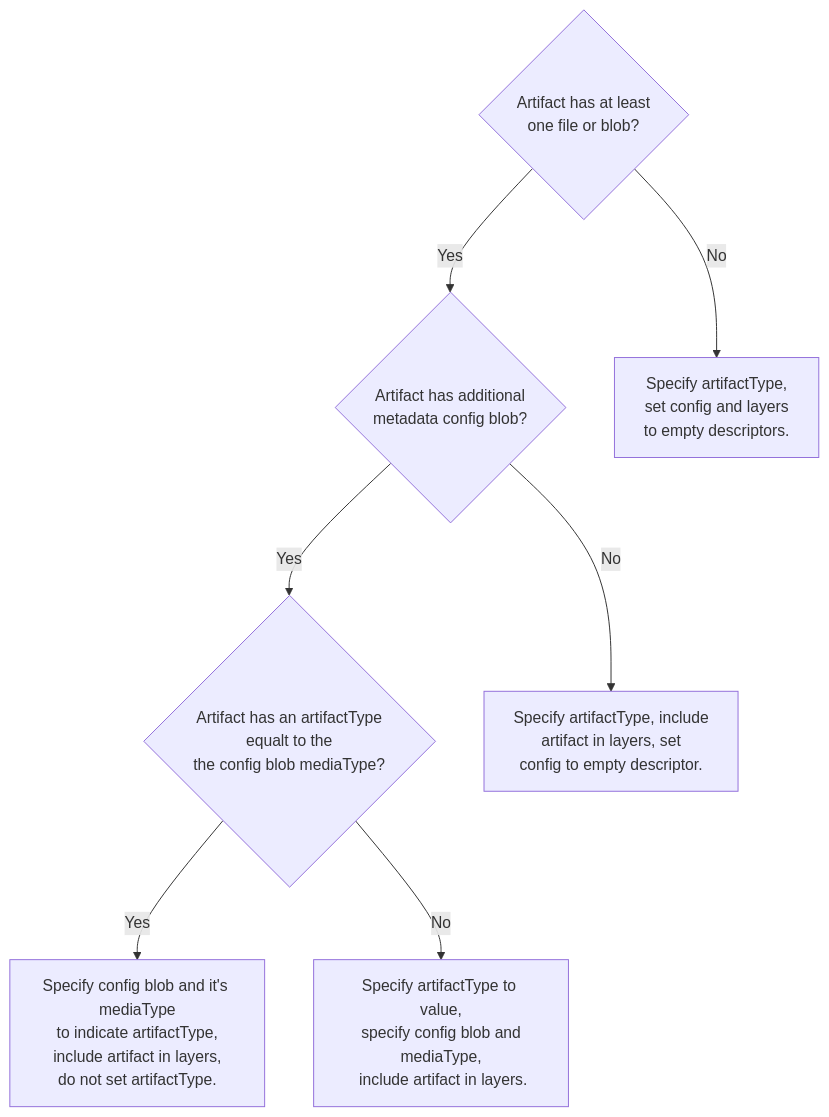
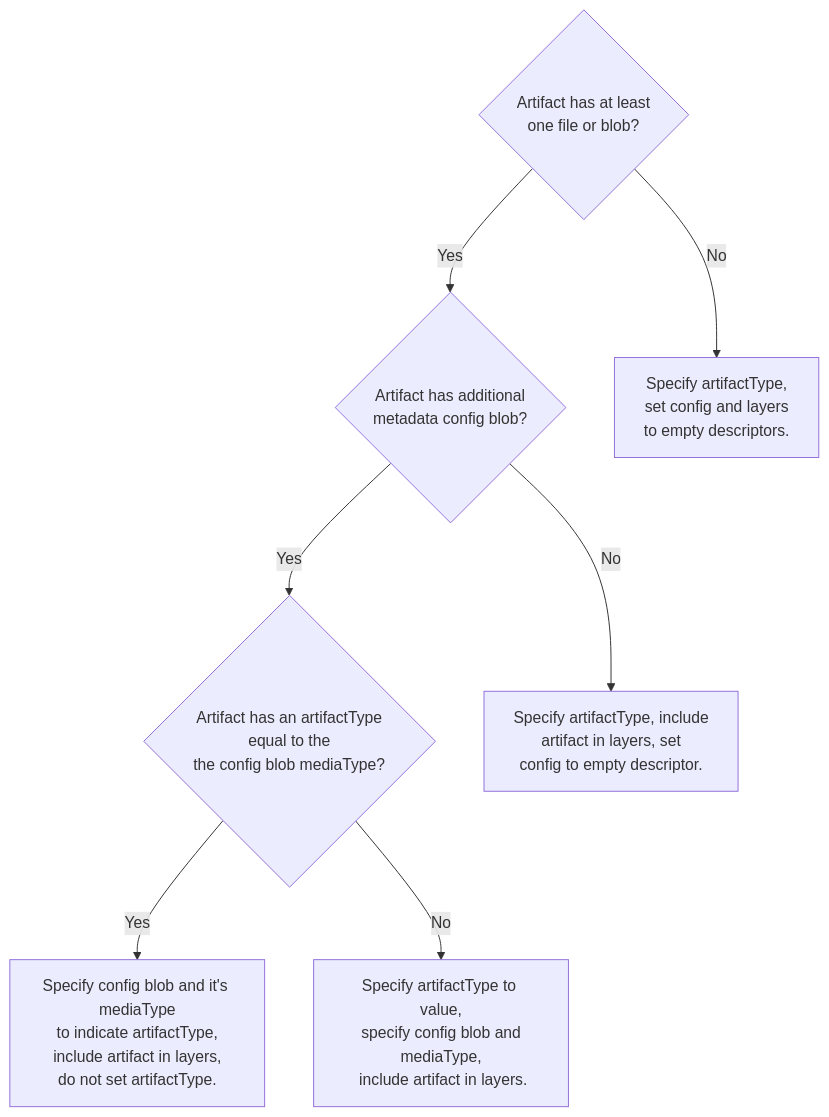
Before and after one commit to oras-project/oras-www: the second of 2 diagrams in docs/concepts/artifact.mdx, drawn with Mermaid.

````diff
--- a/docs/concepts/artifact.mdx
+++ b/docs/concepts/artifact.mdx
@@ -173,18 +173,18 @@
 ```mermaid
 graph TD
     HasBlob{Artifact has at least<br>one file or blob?}
     HasConfigData{Artifact has additional<br> metadata config blob?}
-    HasConfigEqArtifactType{Artifact has an artifactType<br>equalt to the <br>the config blob mediaType?}
+    HasConfigEqArtifactType{Artifact has an artifactType<br>equal to the <br>the config blob mediaType?}
     
     Artifact_NoBlobs[Specify artifactType,<br>set config and layers<br>to empty descriptors.]
     Artifact_NoConfig[Specify artifactType, include<br>artifact in layers, set<br>config to empty descriptor.]
     Artifact_WithConfigBlob[Specify artifactType to value,<br> specify config blob and mediaType,<br> include artifact in layers.]
     Artifact_NoArtifactType[Specify config blob and it's mediaType<br>to indicate artifactType,<br>include artifact in layers,<br>do not set artifactType.]
 
     HasBlob -- No --> Artifact_NoBlobs
     HasBlob -- Yes --> HasConfigData
     HasConfigData -- No --> Artifact_NoConfig
     HasConfigData -- Yes --> HasConfigEqArtifactType
     HasConfigEqArtifactType -- Yes --> Artifact_NoArtifactType
     HasConfigEqArtifactType -- No --> Artifact_WithConfigBlob
 ```
````
